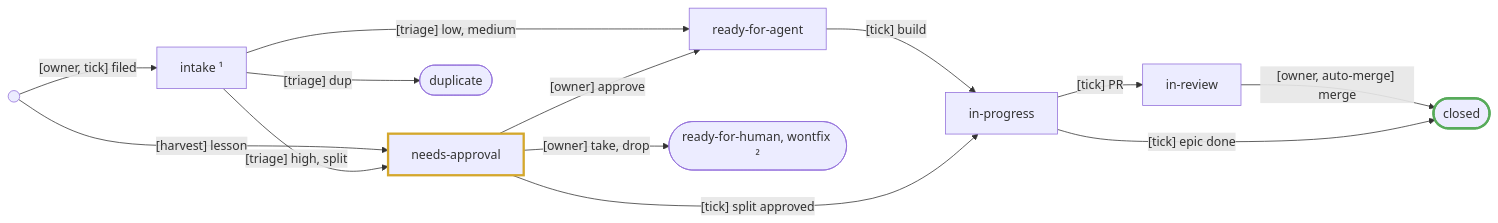
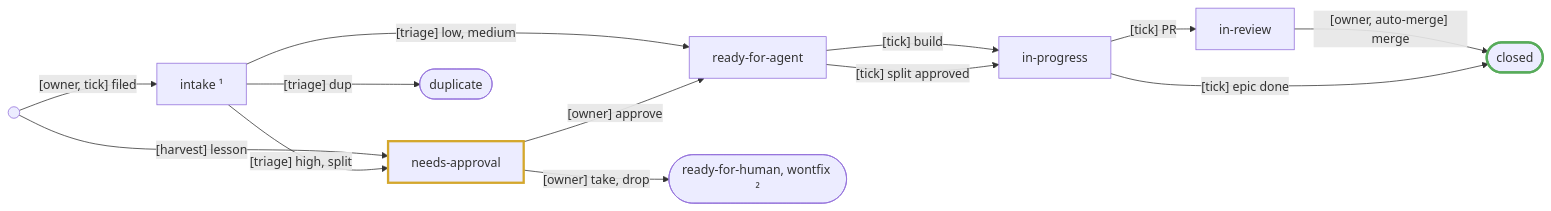
One commit to dvalnn/maestro changed the fourth of 5 diagrams in docs/agents/factory.md. Above: the diagram before and after it, drawn with Mermaid. The commit also changed other lines of this file and 16 other files, not shown here.

````diff
--- a/docs/agents/factory.md
+++ b/docs/agents/factory.md
@@ -148,20 +150,20 @@
 ```mermaid
 flowchart LR
     S(( )) -->|"[owner, tick] filed"| IN["intake ¹"]
     S -->|"[harvest] lesson"| NA["needs-approval"]
     IN -->|"[triage] high, split"| NA
     IN -->|"[triage] low, medium"| RA["ready-for-agent"]
     NA -->|"[owner] approve"| RA
     RA -->|"[tick] build"| IP["in-progress"]
-    NA -->|"[tick] split approved"| IP
+    RA -->|"[tick] split approved"| IP
     IP -->|"[tick] PR"| IR["in-review"]
     IR -->|"[owner, auto-merge] merge"| CL(["closed"])
     IP -->|"[tick] epic done"| CL
     IN -->|"[triage] dup"| DU(["duplicate"])
     NA -->|"[owner] take, drop"| OUT(["ready-for-human, wontfix ²"])
 
     classDef owner stroke:#d4a72c,stroke-width:3px
     classDef done stroke:#57ab5a,stroke-width:3px
     class NA owner
     class CL done
 ```
````
